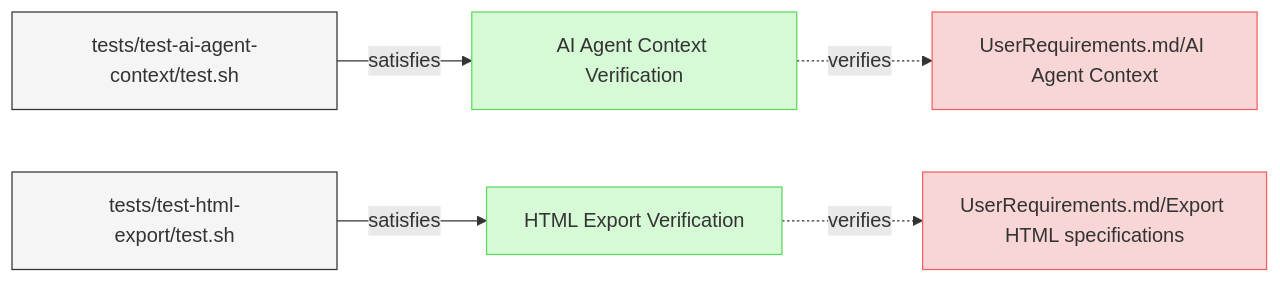
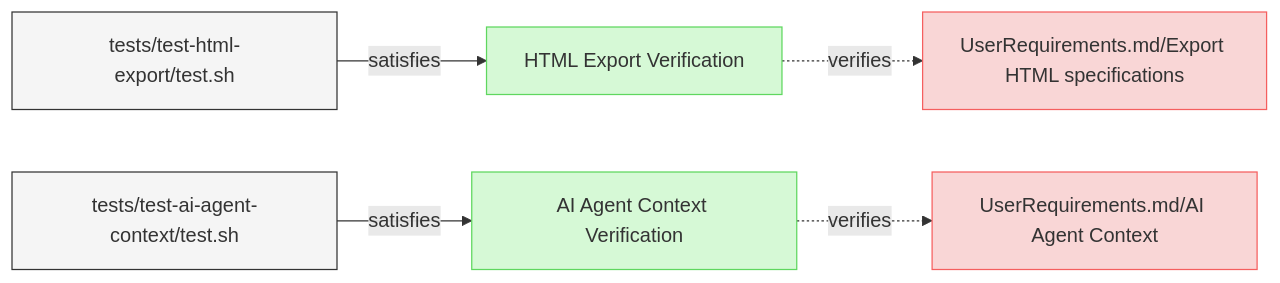
Before and after one commit to reqvire-org/reqvire: the diagram in specifications/Verifications/Misc.md, drawn with Mermaid. The commit also changed other lines of this file and 72 other files, not shown here.

Commit message:
Major rework of the logic in reqvire. It uses git repository root as root folder and everything else is relative to it. External folders and specifications folder concept has been deprecated.

````diff
--- a/specifications/Verifications/Misc.md
+++ b/specifications/Verifications/Misc.md
@@ -6,31 +6,31 @@
 ```mermaid
 graph LR;
   %% Graph styling
   classDef requirement fill:#f9d6d6,stroke:#f55f5f,stroke-width:1px;
   classDef verification fill:#d6f9d6,stroke:#5fd75f,stroke-width:1px;
   classDef externalLink fill:#d0e0ff,stroke:#3080ff,stroke-width:1px;
   classDef default fill:#f5f5f5,stroke:#333333,stroke-width:1px;
 
+  ee855bb5e5d1f05b["HTML Export Verification"];
+  click ee855bb5e5d1f05b "Misc.md#html-export-verification";
+  class ee855bb5e5d1f05b verification;
+  d9686a154fe87b2["UserRequirements.md/Export HTML specifications"];
+  class d9686a154fe87b2 requirement;
+  click d9686a154fe87b2 "../UserRequirements.md#export-html-specifications";
+  ee855bb5e5d1f05b -.->|verifies| d9686a154fe87b2;
+  ca710f5a0e5dfc5d["tests/test-html-export/test.sh"];
+  class ca710f5a0e5dfc5d default;
+  click ca710f5a0e5dfc5d "../../tests/test-html-export/test.sh";
+  ca710f5a0e5dfc5d -->|satisfies| ee855bb5e5d1f05b;
   3c6410e3387503c0["AI Agent Context Verification"];
-  click 3c6410e3387503c0 "https://github.com/Reqvire/reqvire/blob/ad88ba6b828e94c93382866fefd058c011c1ac60/specifications/Verifications/Misc.md#ai-agent-context-verification";
+  click 3c6410e3387503c0 "Misc.md#ai-agent-context-verification";
   class 3c6410e3387503c0 verification;
   7fd9156eac77c270["UserRequirements.md/AI Agent Context"];
   class 7fd9156eac77c270 requirement;
-  click 7fd9156eac77c270 "https://github.com/Reqvire/reqvire/blob/ad88ba6b828e94c93382866fefd058c011c1ac60/specifications/UserRequirements.md#ai-agent-context";
+  click 7fd9156eac77c270 "../UserRequirements.md#ai-agent-context";
   3c6410e3387503c0 -.->|verifies| 7fd9156eac77c270;
   6dc663bb31c3eb65["tests/test-ai-agent-context/test.sh"];
   class 6dc663bb31c3eb65 default;
-  click 6dc663bb31c3eb65 "https://github.com/Reqvire/reqvire/blob/ad88ba6b828e94c93382866fefd058c011c1ac60/tests/test-ai-agent-context/test.sh";
+  click 6dc663bb31c3eb65 "../../tests/test-ai-agent-context/test.sh";
   6dc663bb31c3eb65 -->|satisfies| 3c6410e3387503c0;
-  ee855bb5e5d1f05b["HTML Export Verification"];
-  click ee855bb5e5d1f05b "https://github.com/Reqvire/reqvire/blob/ad88ba6b828e94c93382866fefd058c011c1ac60/specifications/Verifications/Misc.md#html-export-verification";
-  class ee855bb5e5d1f05b verification;
-  d9686a154fe87b2["UserRequirements.md/Export HTML specifications"];
-  class d9686a154fe87b2 requirement;
-  click d9686a154fe87b2 "https://github.com/Reqvire/reqvire/blob/ad88ba6b828e94c93382866fefd058c011c1ac60/specifications/UserRequirements.md#export-html-specifications";
-  ee855bb5e5d1f05b -.->|verifies| d9686a154fe87b2;
-  ca710f5a0e5dfc5d["tests/test-html-export/test.sh"];
-  class ca710f5a0e5dfc5d default;
-  click ca710f5a0e5dfc5d "https://github.com/Reqvire/reqvire/blob/ad88ba6b828e94c93382866fefd058c011c1ac60/tests/test-html-export/test.sh";
-  ca710f5a0e5dfc5d -->|satisfies| ee855bb5e5d1f05b;
 ```
````
